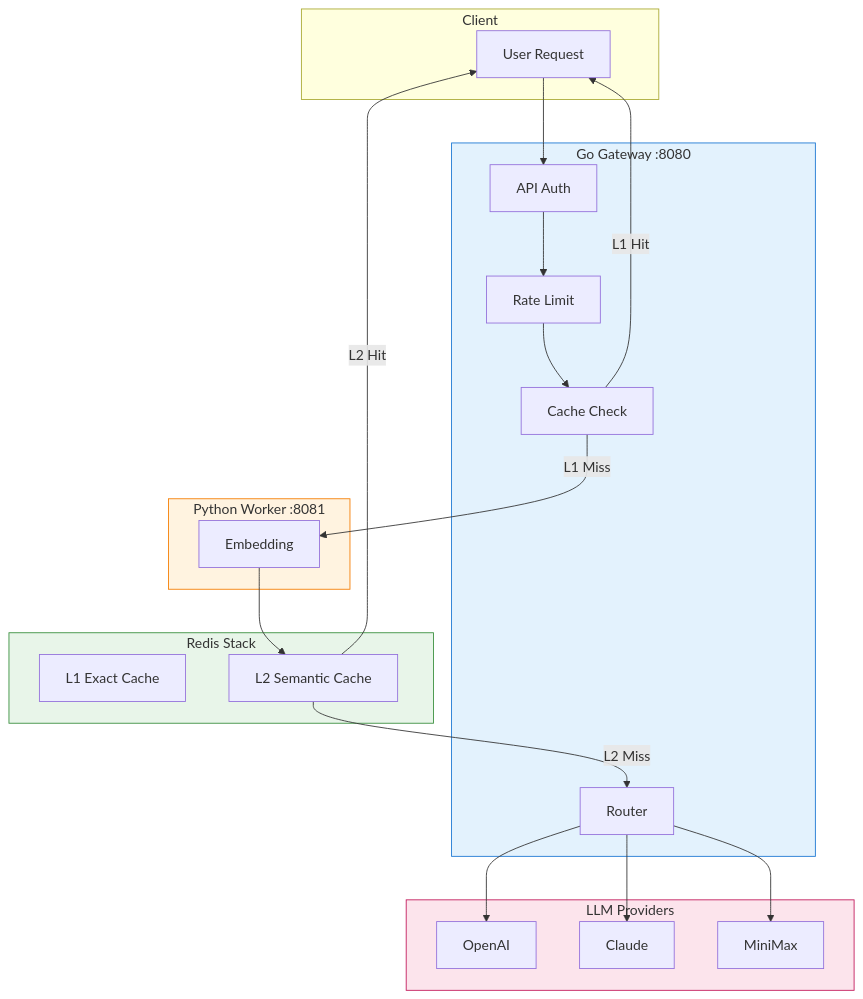
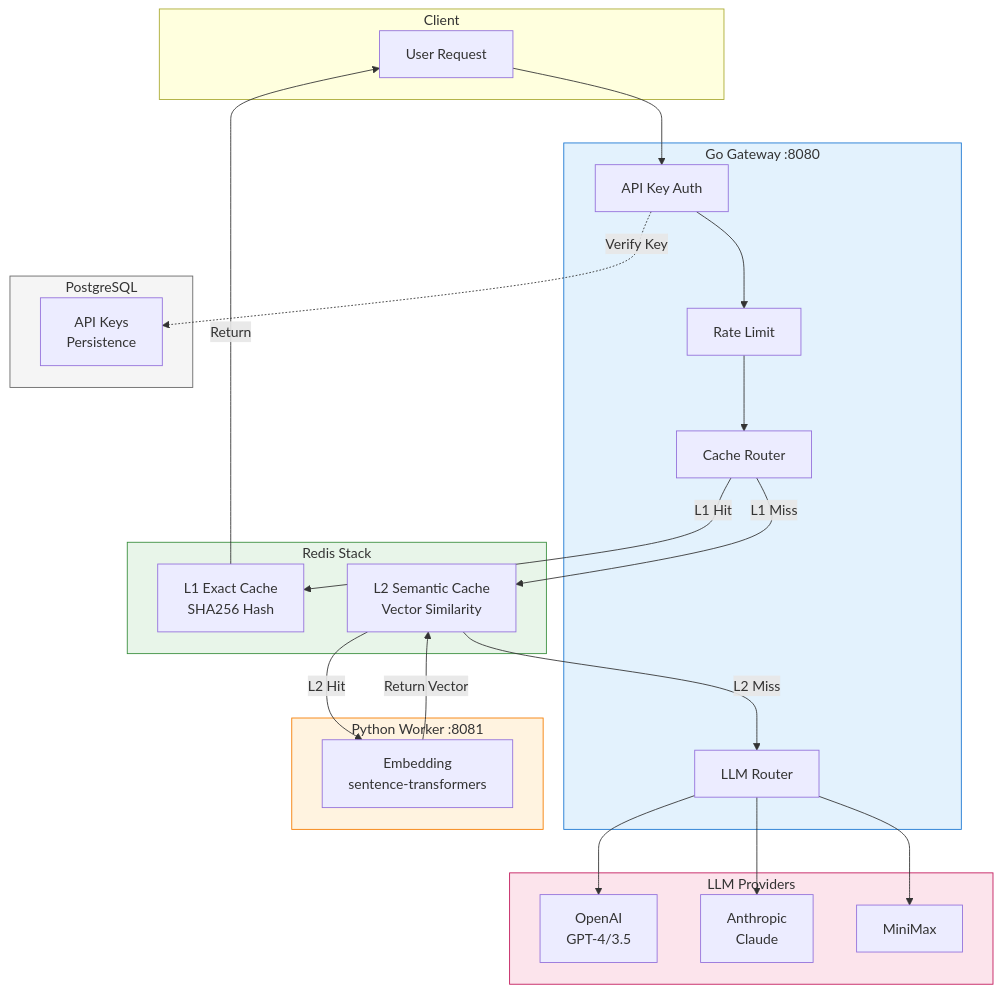
Before and after one commit to Oxidaner/High-Performance-LLM-Gateway: the diagram in README.md, drawn with Mermaid. The commit also changed other lines of this file and 4 other files, not shown here.

First line of the commit message:
Update README with Mermaid architecture diagrams

````diff
--- a/README.md
+++ b/README.md
@@ -18,45 +7,52 @@
 ```mermaid
 flowchart TB
     subgraph Client["Client"]
-        A[User Request]
+        Req[User Request]
     end
 
     subgraph Gateway["Go Gateway :8080"]
-        B[API Auth]
-        C[Rate Limit]
-        D[Cache Check]
-        E[Router]
+        Auth[API Key Auth]
+        Rate[Rate Limit]
+        Cache[Cache Router]
+        Router[LLM Router]
     end
 
-    subgraph Cache["Redis Stack"]
-        F[L1 Exact Cache]
-        G[L2 Semantic Cache]
+    subgraph Redis["Redis Stack"]
+        L1[L1 Exact Cache<br/>SHA256 Hash]
+        L2[L2 Semantic Cache<br/>Vector Similarity]
     end
 
     subgraph Worker["Python Worker :8081"]
-        H[Embedding]
+        Embed[Embedding<br/>sentence-transformers]
+    end
+
+    subgraph DB["PostgreSQL"]
+        Keys[API Keys<br/>Persistence]
     end
 
     subgraph LLM["LLM Providers"]
-        I[OpenAI]
-        J[Claude]
-        K[MiniMax]
+        OpenAI[OpenAI<br/>GPT-4/3.5]
+        Claude[Anthropic<br/>Claude]
+        MiniMax[MiniMax]
     end
 
-    A --> B
-    B --> C
-    C --> D
-    D -->|L1 Hit| A
-    D -->|L1 Miss| H
-    H --> G
-    G -->|L2 Hit| A
-    G -->|L2 Miss| E
-    E --> I
-    E --> J
-    E --> K
+    Req --> Auth
+    Auth -.->|Verify Key| Keys
+    Auth --> Rate
+    Rate --> Cache
+    Cache -->|L1 Hit| L1
+    L1 -->|Return| Req
+    Cache -->|L1 Miss| L2
+    L2 -->|L2 Hit| Embed
+    Embed -->|Return Vector| L2
+    L2 -->|L2 Miss| Router
+    Router --> OpenAI
+    Router --> Claude
+    Router --> MiniMax
 
     style Gateway fill:#e3f2fd,stroke:#1976d2
-    style Cache fill:#e8f5e9,stroke:#388e3c
+    style Redis fill:#e8f5e9,stroke:#388e3c
     style Worker fill:#fff3e0,stroke:#f57c00
     style LLM fill:#fce4ec,stroke:#c2185b
+    style DB fill:#f5f5f5,stroke:#666666
 ```
````
